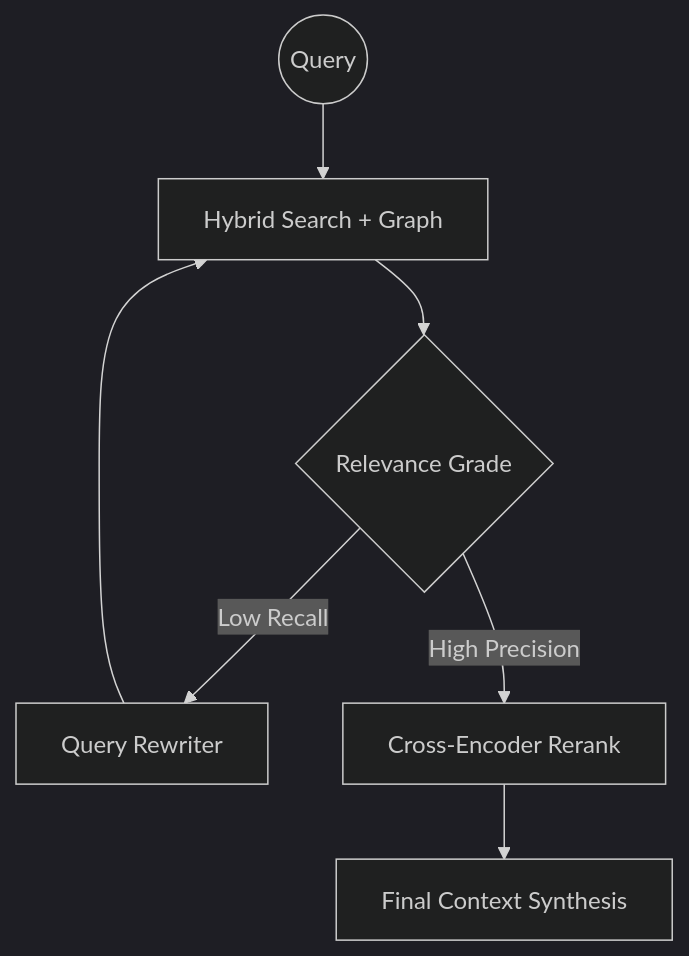
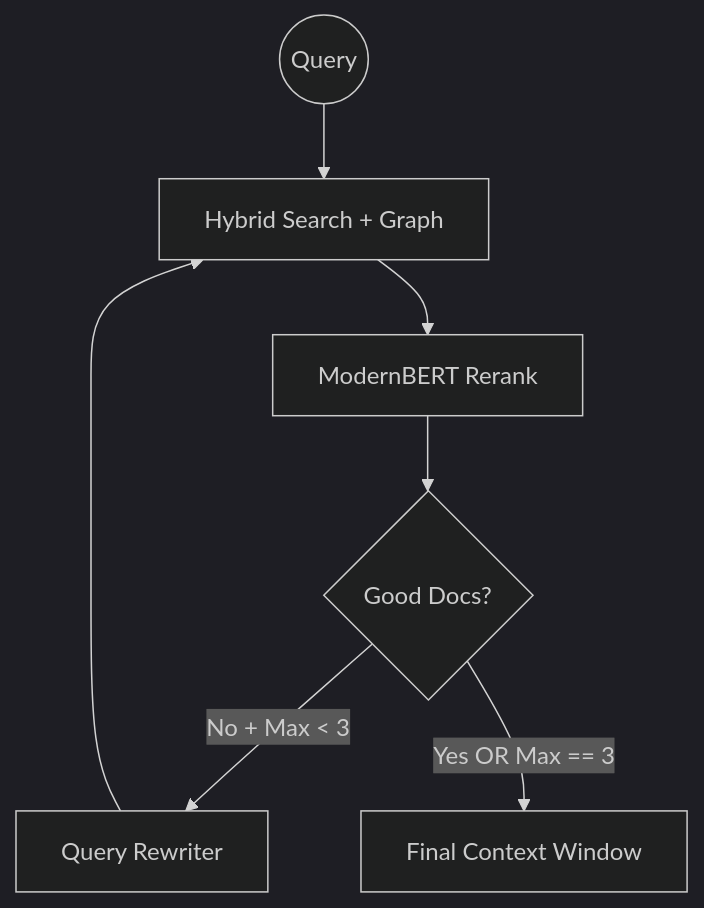
The diagram in docs/retrieval.md (foersben/CodaCite), drawn with Mermaid (dark theme) before and after one commit. The commit also changed other lines of this file and 57 other files, not shown here.

````diff
--- a/docs/retrieval.md
+++ b/docs/retrieval.md
@@ -39,11 +39,11 @@
 ```mermaid
 graph TD
     START((Query)) --> RETRIEVE[Hybrid Search + Graph]
-    RETRIEVE --> GRADE{Relevance Grade}
+    RETRIEVE --> RERANK[ModernBERT Rerank]
+    RERANK --> GRADE{Good Docs?}
 
-    GRADE -- "Low Recall" --> REWRITE[Query Rewriter]
+    GRADE -- "No + Max < 3" --> REWRITE[Query Rewriter]
     REWRITE --> RETRIEVE
 
-    GRADE -- "High Precision" --> RERANK[Cross-Encoder Rerank]
-    RERANK --> GEN[Final Context Synthesis]
+    GRADE -- "Yes OR Max == 3" --> END[Final Context Window]
 ```
````
